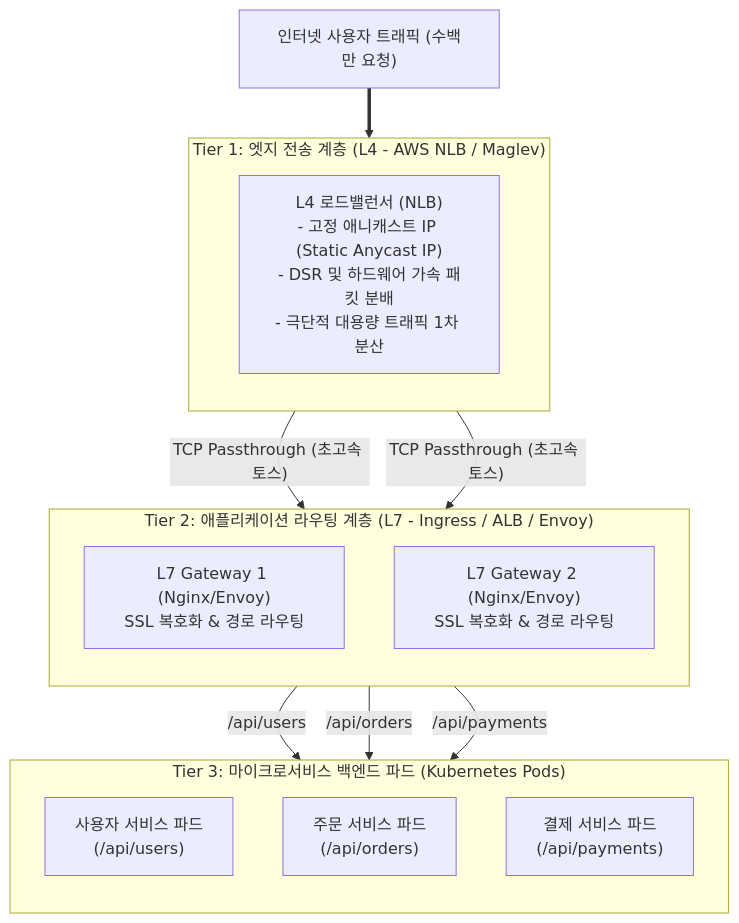
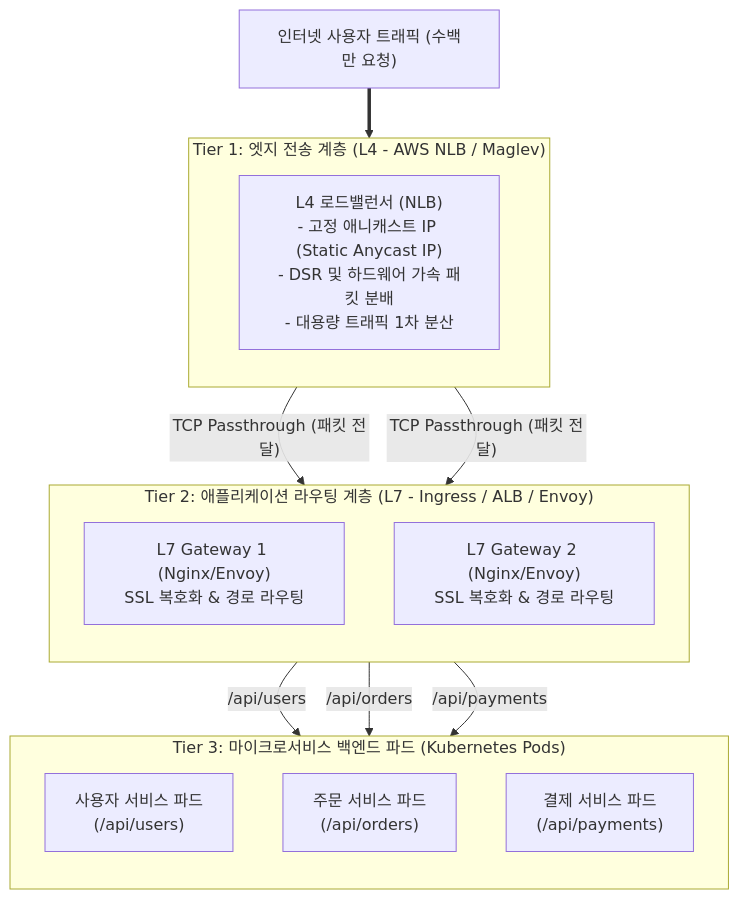
One commit to studylida/studylida.github.io changed the ninth of 9 diagrams in src/content/posts/l4-l7-load-balancer-architecture.md. Above: the diagram before and after it, drawn with Mermaid. The commit also changed other lines of this file and 10 other files, not shown here.

````diff
--- a/src/content/posts/l4-l7-load-balancer-architecture.md
+++ b/src/content/posts/l4-l7-load-balancer-architecture.md
@@ -343,29 +343,29 @@
 ```mermaid
 flowchart TD
     Internet["인터넷 사용자 트래픽 (수백만 요청)"]
 
     subgraph Tier1 ["Tier 1: 엣지 전송 계층 (L4 - AWS NLB / Maglev)"]
         direction TB
-        NLB["L4 로드밸런서 (NLB)<br/>- 고정 애니캐스트 IP (Static Anycast IP)<br/>- DSR 및 하드웨어 가속 패킷 분배<br/>- 극단적 대용량 트래픽 1차 분산"]
+        NLB["L4 로드밸런서 (NLB)<br/>- 고정 애니캐스트 IP (Static Anycast IP)<br/>- DSR 및 하드웨어 가속 패킷 분배<br/>- 대용량 트래픽 1차 분산"]
     end
 
     subgraph Tier2 ["Tier 2: 애플리케이션 라우팅 계층 (L7 - Ingress / ALB / Envoy)"]
         direction TB
         L7_1["L7 Gateway 1 (Nginx/Envoy)<br/>SSL 복호화 & 경로 라우팅"]
         L7_2["L7 Gateway 2 (Nginx/Envoy)<br/>SSL 복호화 & 경로 라우팅"]
     end
 
     subgraph Pods ["Tier 3: 마이크로서비스 백엔드 파드 (Kubernetes Pods)"]
         direction TB
         SvcUser["사용자 서비스 파드<br/>(/api/users)"]
         SvcOrder["주문 서비스 파드<br/>(/api/orders)"]
         SvcPay["결제 서비스 파드<br/>(/api/payments)"]
     end
 
     Internet ==> NLB
-    NLB -->|"TCP Passthrough (초고속 토스)"| L7_1
-    NLB -->|"TCP Passthrough (초고속 토스)"| L7_2
+    NLB -->|"TCP Passthrough (패킷 전달)"| L7_1
+    NLB -->|"TCP Passthrough (패킷 전달)"| L7_2
     L7_1 -->|"/api/users"| SvcUser
     L7_1 -->|"/api/orders"| SvcOrder
     L7_2 -->|"/api/payments"| SvcPay
 ```
````
